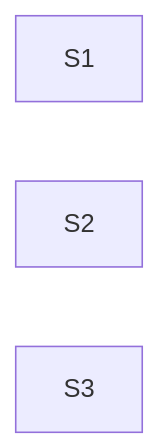
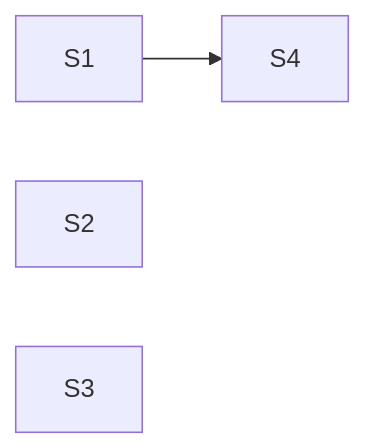
Before and after one commit to jhoblitt/rgw-go: the second of 10 diagrams in docs/superpowers/plans/2026-10-13-phase-2/dependencies.md, drawn with Mermaid. The commit also changed other lines of this file, not shown here.

First line of the commit message:
docs(plan): regenerate the phase 2 dependency graph for S4

````diff
--- a/docs/superpowers/plans/2026-10-13-phase-2/dependencies.md
+++ b/docs/superpowers/plans/2026-10-13-phase-2/dependencies.md
@@ -51,9 +51,12 @@
 ```mermaid
 flowchart LR
   t_S1["S1"]
   t_S2["S2"]
   t_S3["S3"]
+  t_S4["S4"]
+  t_S1 --> t_S4
   click t_S1 href "https://github.com/jhoblitt/rgw-go/blob/main/docs/superpowers/plans/2026-10-13-phase-2/00-index.md#task-s1-fakeradoss-rgw-class-as-method-tables" "S1: fakerados's rgw class as method tables"
   click t_S2 href "https://github.com/jhoblitt/rgw-go/blob/main/docs/superpowers/plans/2026-10-13-phase-2/00-index.md#task-s2-route-sets-per-feature-and-the-env-slots" "S2: route sets per feature and the Env slots"
   click t_S3 href "https://github.com/jhoblitt/rgw-go/blob/main/docs/superpowers/plans/2026-10-13-phase-2/00-index.md#task-s3-one-aws-correct-ispublic" "S3: one AWS-correct IsPublic"
+  click t_S4 href "https://github.com/jhoblitt/rgw-go/blob/main/docs/superpowers/plans/2026-10-13-phase-2/00-index.md#task-s4-fakerados-refuses-an-unregistered-class-method-at-op-setup" "S4: fakerados refuses an unregistered class method at op setup"
 ```
````
